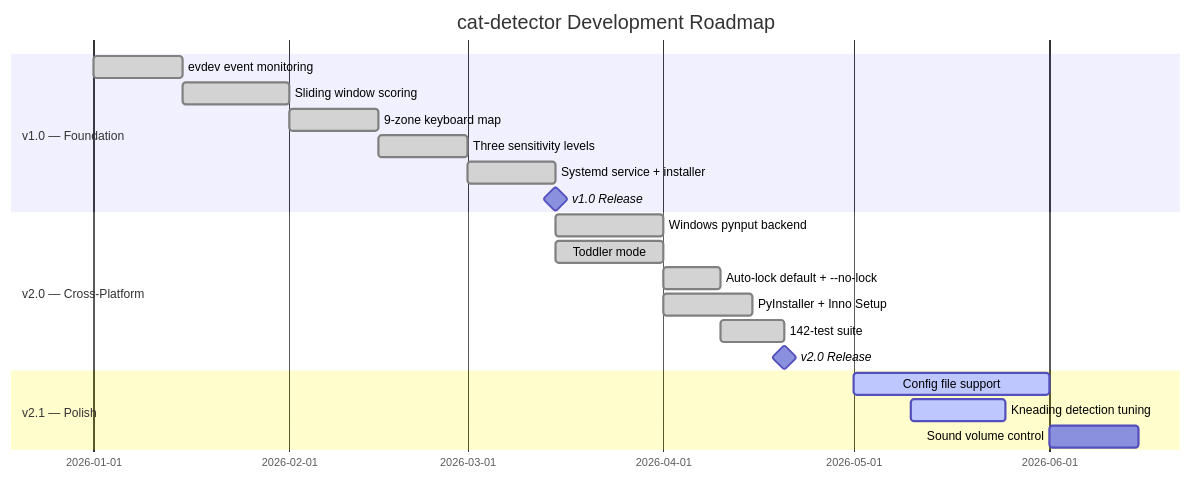
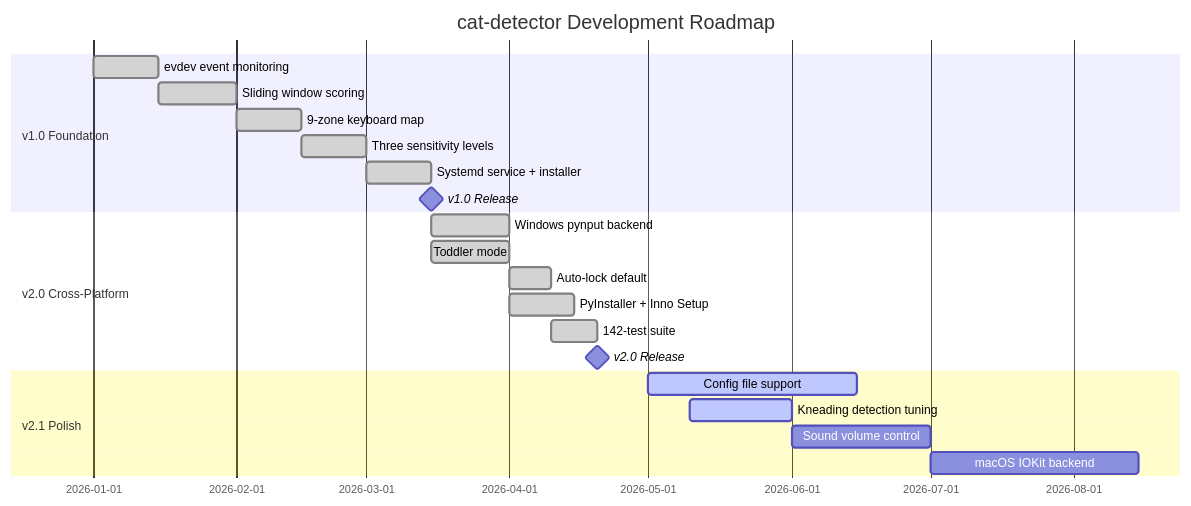
The fifth of 5 diagrams in README.md (hkevin01/cat-detector), drawn with Mermaid before and after one commit. The commit also changed other lines of this file, not shown here.

Commit message:
docs(readme): comprehensive rewrite - 8 tables, 5 mermaid diagrams, research citations, detection deep dive, mode comparison

````diff
--- a/README.md
+++ b/README.md
@@ -564,23 +939,24 @@
 ```mermaid
 gantt
     title cat-detector Development Roadmap
     dateFormat  YYYY-MM-DD
-    section v1.0 — Foundation
+    section v1.0 Foundation
         evdev event monitoring       :done,    e1, 2026-01-01, 2026-01-15
         Sliding window scoring       :done,    e2, 2026-01-15, 2026-02-01
         9-zone keyboard map          :done,    e3, 2026-02-01, 2026-02-15
         Three sensitivity levels     :done,    e4, 2026-02-15, 2026-03-01
         Systemd service + installer  :done,    e5, 2026-03-01, 2026-03-15
         v1.0 Release                 :milestone, 2026-03-15, 0d
-    section v2.0 — Cross-Platform
+    section v2.0 Cross-Platform
         Windows pynput backend       :done,    w1, 2026-03-15, 2026-04-01
         Toddler mode                 :done,    w2, 2026-03-15, 2026-04-01
-        Auto-lock default + --no-lock:done,    w3, 2026-04-01, 2026-04-10
+        Auto-lock default            :done,    w3, 2026-04-01, 2026-04-10
         PyInstaller + Inno Setup     :done,    w4, 2026-04-01, 2026-04-15
         142-test suite               :done,    w5, 2026-04-10, 2026-04-20
         v2.0 Release                 :milestone, 2026-04-20, 0d
-    section v2.1 — Polish
-        Config file support          :active,  k1, 2026-05-01, 2026-06-01
-        Kneading detection tuning    :active,  k2, 2026-05-10, 2026-05-25
-        Sound volume control         :         k3, 2026-06-01, 2026-06-15
+    section v2.1 Polish
+        Config file support          :active,  k1, 2026-05-01, 2026-06-15
+        Kneading detection tuning    :active,  k2, 2026-05-10, 2026-06-01
+        Sound volume control         :         k3, 2026-06-01, 2026-07-01
+        macOS IOKit backend          :         k4, 2026-07-01, 2026-08-15
 ```
````
